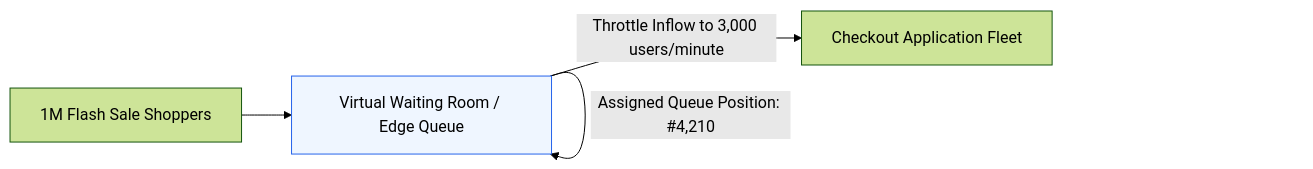
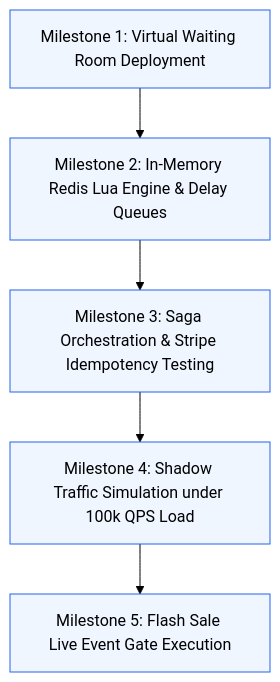
The fifth of 5 diagrams in 05-real-world-case-studies/05-distributed-ecommerce-checkout.md (kvai9826/system-design-for-program-managers), drawn with Mermaid (forest theme) before and after one commit. The commit also changed other lines of this file and 30 other files, not shown here.

````diff
--- a/05-real-world-case-studies/05-distributed-ecommerce-checkout.md
+++ b/05-real-world-case-studies/05-distributed-ecommerce-checkout.md
@@ -151,10 +291,10 @@
 ```mermaid
-flowchart LR
-    Shoppers[1M Flash Sale Shoppers] --> QueueIT[Virtual Waiting Room / Edge Queue]
-    
-    QueueIT -->|Assigned Queue Position: #4,210| QueueIT
-    QueueIT -->|Throttle Inflow to 3,000 users/minute| CheckoutCluster[Checkout Application Fleet]
-    
-    classDef qStyle fill:#eff6ff,stroke:#2563eb,stroke-width:1px;
-    class QueueIT qStyle;
+flowchart TD
+    P1[Milestone 1: Virtual Waiting Room Deployment] --> P2[Milestone 2: In-Memory Redis Lua Engine & Delay Queues]
+    P2 --> P3[Milestone 3: Saga Orchestration & Stripe Idempotency Testing]
+    P3 --> P4[Milestone 4: Shadow Traffic Simulation under 100k QPS Load]
+    P4 --> P5[Milestone 5: Flash Sale Live Event Gate Execution]
+
+    classDef pStyle fill:#eff6ff,stroke:#2563eb,stroke-width:1px;
+    class P1,P2,P3,P4,P5 pStyle;
 ```
````
